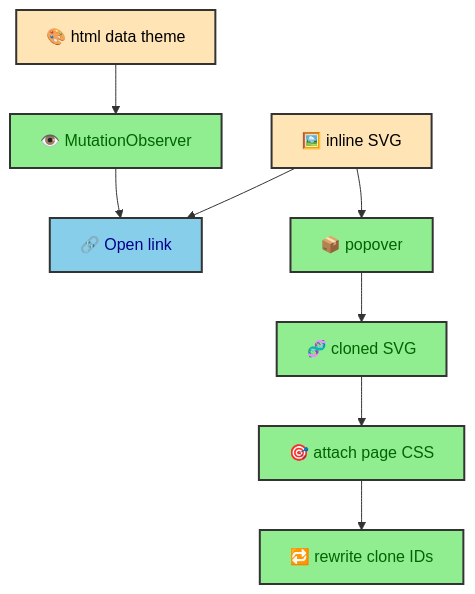
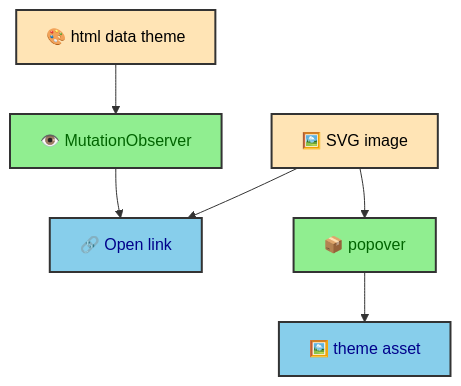
Before and after one commit to duranalberto/albertoduran: the diagram in src/thejournal/building_albertoduran/runtime/mermaid_shell.mdx, drawn with Mermaid. The commit also changed other lines of this file and 50 other files, not shown here.

````diff
--- a/src/thejournal/building_albertoduran/runtime/mermaid_shell.mdx
+++ b/src/thejournal/building_albertoduran/runtime/mermaid_shell.mdx
@@ -31,18 +31,17 @@
 ```mermaid
 flowchart TD
-    Inline[🖼️ inline SVG] --> Link[🔗 Open link]
+    Inline[🖼️ SVG image] --> Link[🔗 Open link]
     Theme[🎨 html data theme] --> Observer[👁️ MutationObserver]
     Observer --> Link
     Inline --> Popover[📦 popover]
-    Popover --> Clone[🧬 cloned SVG]
-    Clone --> Css[🎯 attach page CSS]
-    Css --> Rewrite[🔁 rewrite clone IDs]
+    Popover --> Asset[🖼️ theme asset]
 
     classDef source fill:#FFE4B5,stroke:#333,stroke-width:2px,color:black
     classDef runtime fill:#90EE90,stroke:#333,stroke-width:2px,color:darkgreen
     classDef output fill:#87CEEB,stroke:#333,stroke-width:2px,color:darkblue
 
     class Inline,Theme source
-    class Observer,Popover,Clone,Css,Rewrite runtime
+    class Observer,Popover runtime
+    class Asset output
     class Link output
 ```
````
